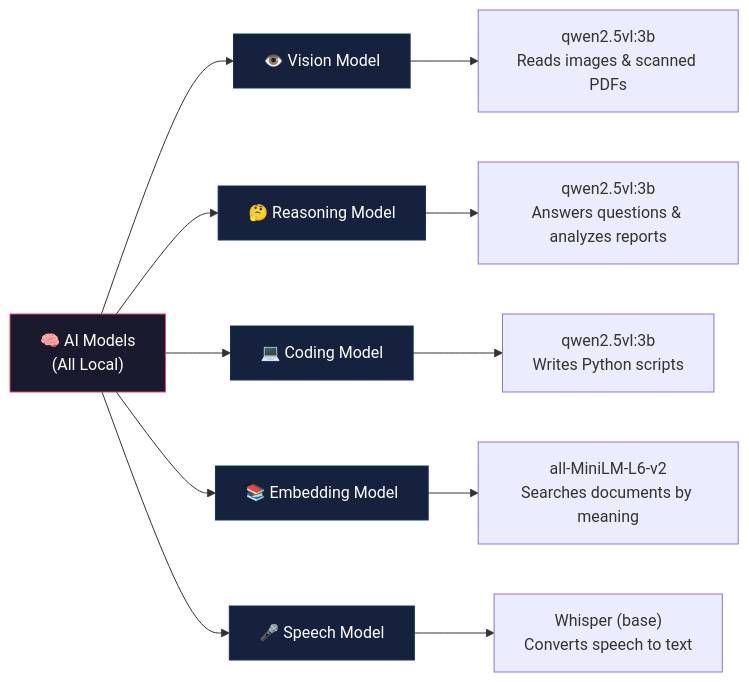
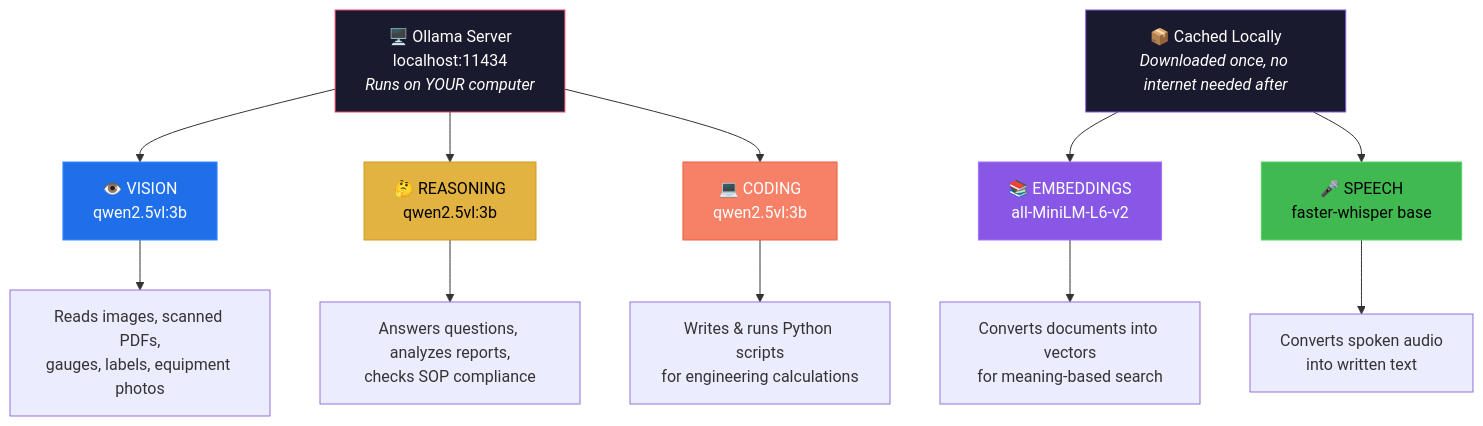
Before and after one commit to i-shubhh/DEMO-117: the second of 13 diagrams in README.md, drawn with Mermaid. The commit also changed other lines of this file, not shown here.

````diff
--- a/README.md
+++ b/README.md
@@ -48,21 +72,27 @@
 ```mermaid
-graph LR
-    A["🧠 AI Models<br/>(All Local)"] --> B["👁️ Vision Model"]
-    A --> C["🤔 Reasoning Model"]
-    A --> D["💻 Coding Model"]
-    A --> E["📚 Embedding Model"]
-    A --> F["🎤 Speech Model"]
+graph TB
+    OLLAMA["🖥️ Ollama Server<br/>localhost:11434<br/><i>Runs on YOUR computer</i>"]
 
-    B --> B1["qwen2.5vl:3b<br/>Reads images & scanned PDFs"]
-    C --> C1["qwen2.5vl:3b<br/>Answers questions & analyzes reports"]
-    D --> D1["qwen2.5vl:3b<br/>Writes Python scripts"]
-    E --> E1["all-MiniLM-L6-v2<br/>Searches documents by meaning"]
-    F --> F1["Whisper (base)<br/>Converts speech to text"]
+    OLLAMA --> VIS["👁️ VISION<br/>qwen2.5vl:3b"]
+    OLLAMA --> REASON["🤔 REASONING<br/>qwen2.5vl:3b"]
+    OLLAMA --> CODE["💻 CODING<br/>qwen2.5vl:3b"]
 
-    style A fill:#1a1a2e,stroke:#e94560,color:#fff
-    style B fill:#16213e,stroke:#0f3460,color:#fff
-    style C fill:#16213e,stroke:#0f3460,color:#fff
-    style D fill:#16213e,stroke:#0f3460,color:#fff
-    style E fill:#16213e,stroke:#0f3460,color:#fff
-    style F fill:#16213e,stroke:#0f3460,color:#fff
+    HF["📦 Cached Locally<br/><i>Downloaded once, no internet needed after</i>"]
+
+    HF --> EMBED["📚 EMBEDDINGS<br/>all-MiniLM-L6-v2"]
+    HF --> SPEECH["🎤 SPEECH<br/>faster-whisper base"]
+
+    VIS --> VIS_USE["Reads images, scanned PDFs,<br/>gauges, labels, equipment photos"]
+    REASON --> REASON_USE["Answers questions, analyzes reports,<br/>checks SOP compliance"]
+    CODE --> CODE_USE["Writes & runs Python scripts<br/>for engineering calculations"]
+    EMBED --> EMBED_USE["Converts documents into vectors<br/>for meaning-based search"]
+    SPEECH --> SPEECH_USE["Converts spoken audio<br/>into written text"]
+
+    style OLLAMA fill:#1a1a2e,stroke:#e94560,color:#fff
+    style HF fill:#1a1a2e,stroke:#8957e5,color:#fff
+    style VIS fill:#1f6feb,stroke:#388bfd,color:#fff
+    style REASON fill:#e3b341,stroke:#d29922,color:#000
+    style CODE fill:#f78166,stroke:#ea6045,color:#fff
+    style EMBED fill:#8957e5,stroke:#a371f7,color:#fff
+    style SPEECH fill:#3fb950,stroke:#56d364,color:#000
 ```
````
